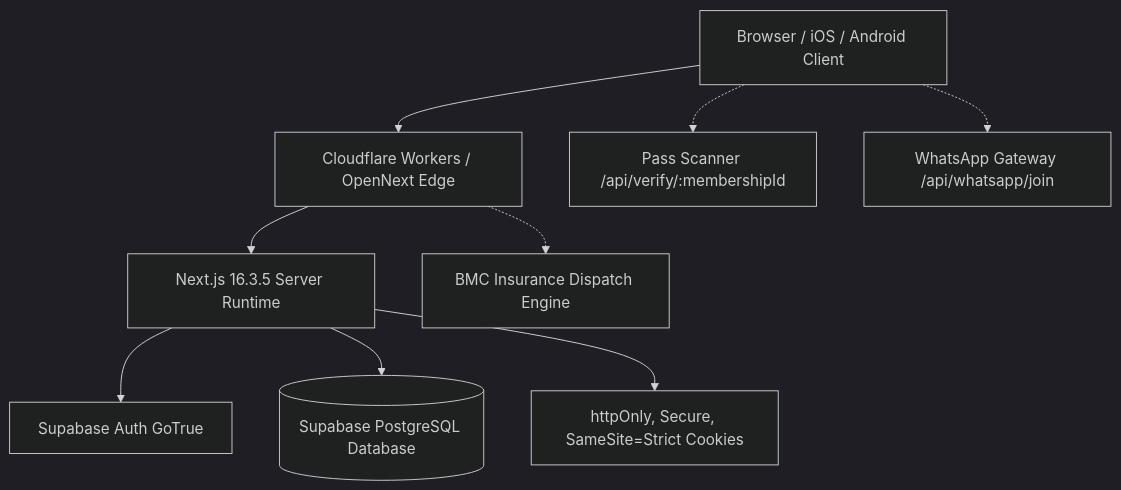
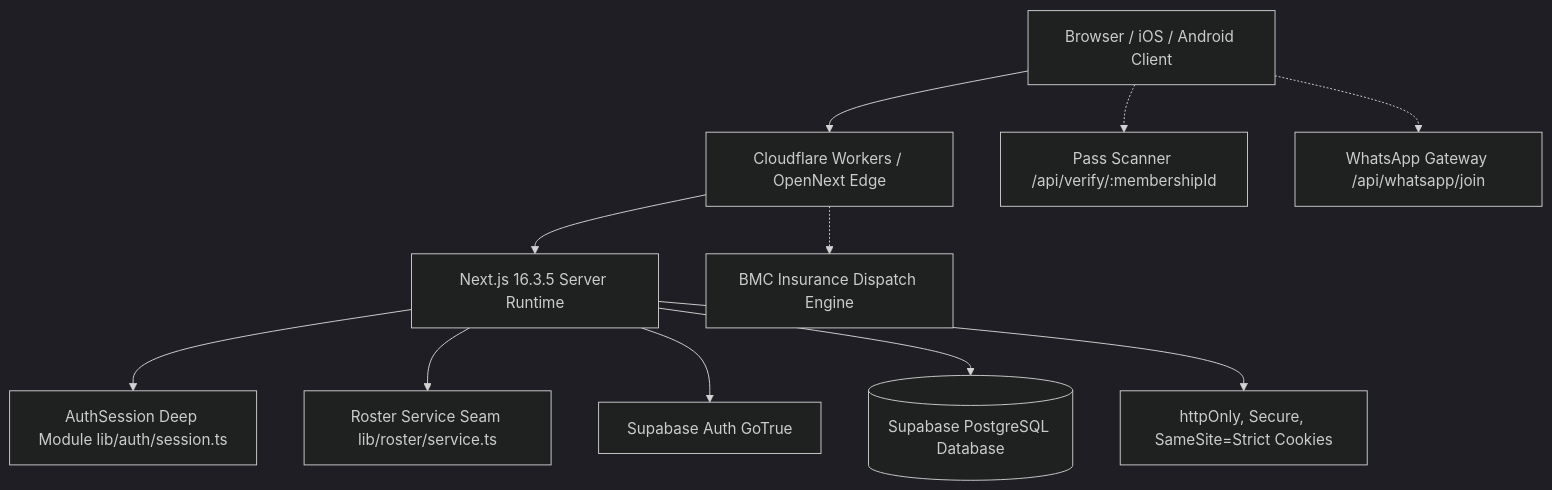
The diagram in SESSION_HANDOVER.md (RemTypes/kclmc-portal), drawn with Mermaid (dark theme) before and after one commit. The commit also changed other lines of this file, not shown here.

Commit message:
docs: update SESSION_HANDOVER.md with latest commit, 211 tests, and deep modules

````diff
--- a/SESSION_HANDOVER.md
+++ b/SESSION_HANDOVER.md
@@ -53,11 +53,13 @@
 ```mermaid
 graph TD
     Client[Browser / iOS / Android Client] --> Edge[Cloudflare Workers / OpenNext Edge]
     Edge --> SSR[Next.js 16.3.5 Server Runtime]
+    SSR --> AuthSession[AuthSession Deep Module lib/auth/session.ts]
+    SSR --> RosterService[Roster Service Seam lib/roster/service.ts]
     SSR --> SupabaseAuth[Supabase Auth GoTrue]
     SSR --> SupabaseDB[(Supabase PostgreSQL Database)]
     SSR --> Cookies[httpOnly, Secure, SameSite=Strict Cookies]
     Client -.-> Scanner[Pass Scanner /api/verify/:membershipId]
     Client -.-> WAGateway[WhatsApp Gateway /api/whatsapp/join]
     Edge -.-> BMCEngine[BMC Insurance Dispatch Engine]
 ```
````
